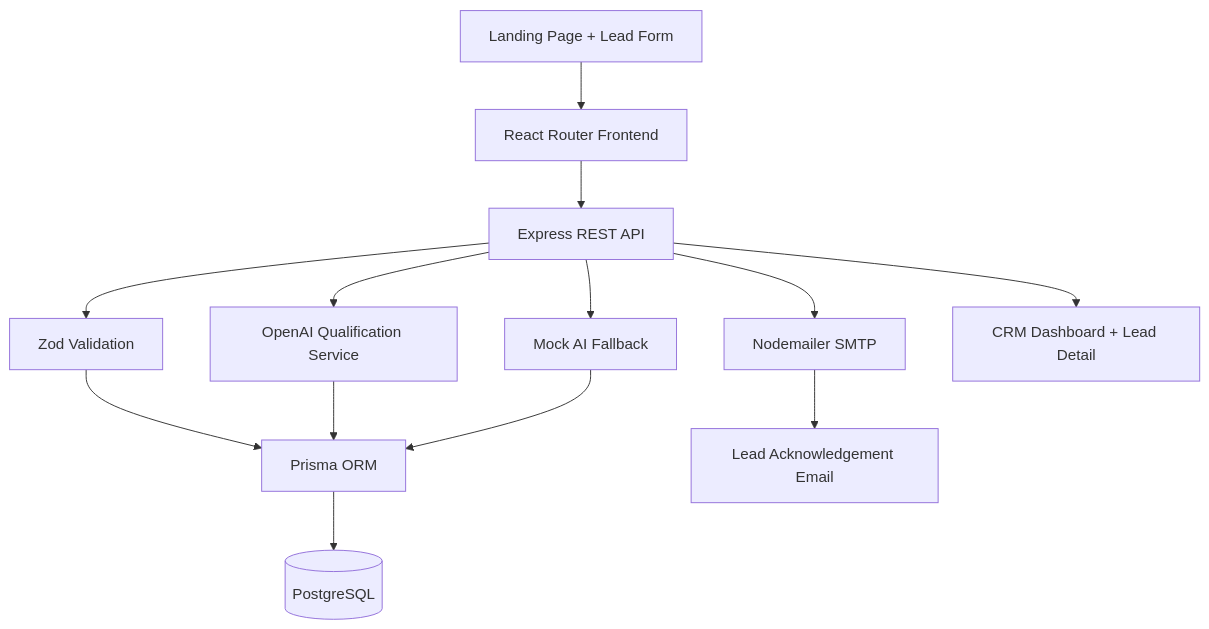
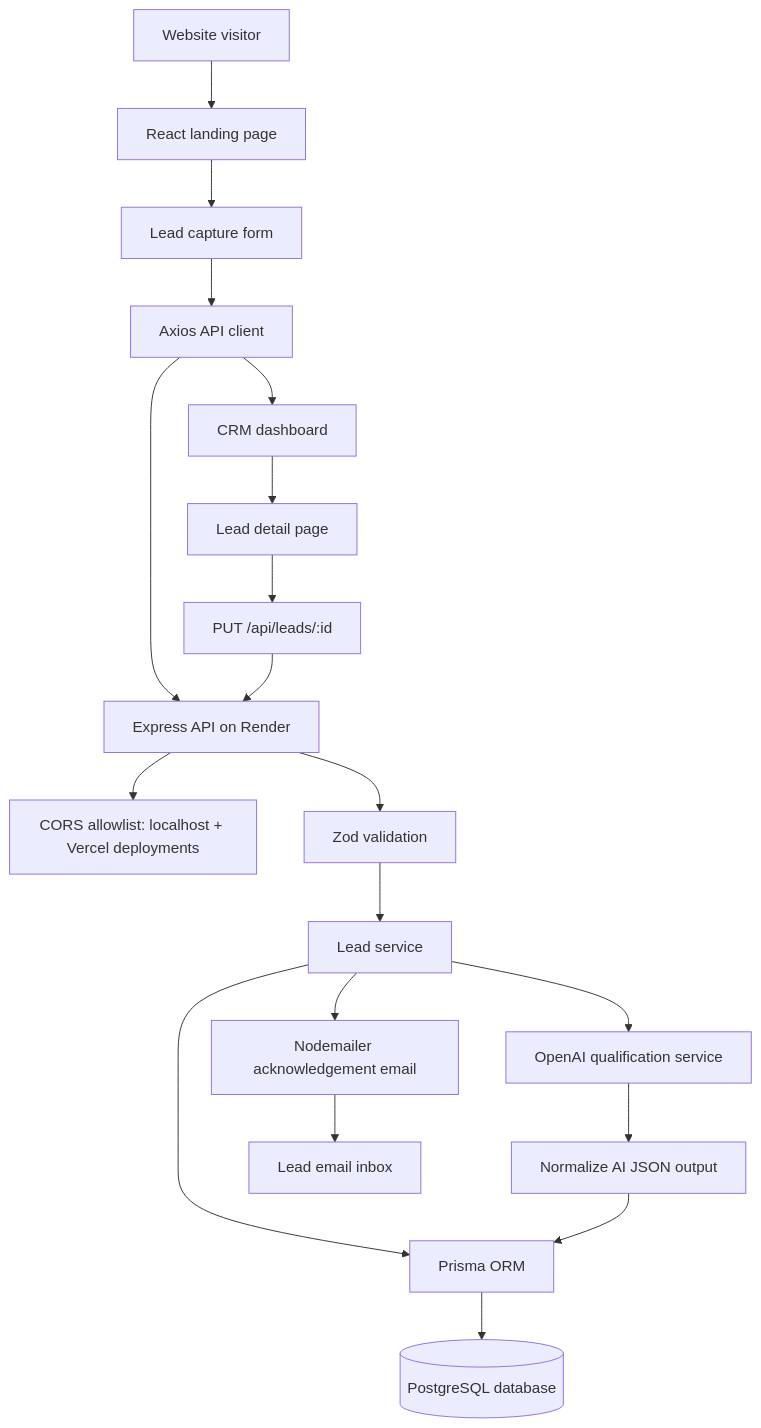
The diagram in README.md (harshmangukiya71/AI_Lead_CRM), drawn with Mermaid before and after one commit. The commit also changed other lines of this file, not shown here.

````diff
--- a/README.md
+++ b/README.md
@@ -7,15 +40,25 @@
 ```mermaid
 flowchart TD
-  A[Landing Page + Lead Form] --> B[React Router Frontend]
-  B --> C[Express REST API]
-  C --> D[Zod Validation]
-  D --> E[Prisma ORM]
-  E --> F[(PostgreSQL)]
-  C --> G[OpenAI Qualification Service]
-  G --> E
-  C --> H[Mock AI Fallback]
-  H --> E
-  C --> I[Nodemailer SMTP]
-  I --> J[Lead Acknowledgement Email]
-  C --> K[CRM Dashboard + Lead Detail]
+  Visitor[Website visitor] --> Landing[React landing page]
+  Landing --> Form[Lead capture form]
+  Form --> Axios[Axios API client]
+  Axios --> API[Express API on Render]
+
+  API --> CORS[CORS allowlist: localhost + Vercel deployments]
+  API --> Validation[Zod validation]
+  Validation --> LeadService[Lead service]
+  LeadService --> Prisma[Prisma ORM]
+  Prisma --> DB[(PostgreSQL database)]
+
+  LeadService --> AI[OpenAI qualification service]
+  AI --> Normalize[Normalize AI JSON output]
+  Normalize --> Prisma
+
+  LeadService --> Email[Nodemailer acknowledgement email]
+  Email --> LeadInbox[Lead email inbox]
+
+  Axios --> Dashboard[CRM dashboard]
+  Dashboard --> LeadDetail[Lead detail page]
+  LeadDetail --> UpdateAPI[PUT /api/leads/:id]
+  UpdateAPI --> API
 ```
````
